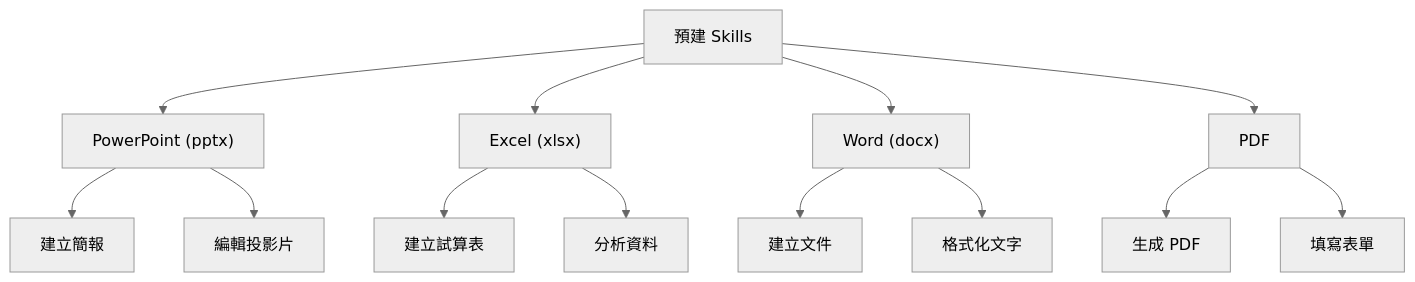
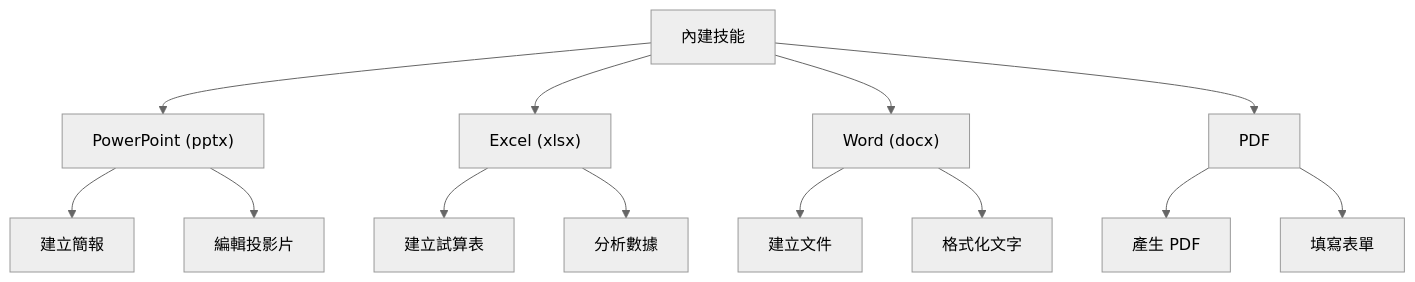
Diagram 17 of 22 in claude_concepts_guide.md (huckly/claude-howto-zh-tw), drawn with Mermaid (neutral theme) before and after one commit. The commit also changed other lines of this file and 6 other files, not shown here.

````diff
--- a/claude_concepts_guide.md
+++ b/claude_concepts_guide.md
@@ -1286,22 +1260,22 @@
 ```mermaid
 graph TB
-    A["預建 Skills"]
+    A["內建技能"]
     B["PowerPoint (pptx)"]
     C["Excel (xlsx)"]
     D["Word (docx)"]
     E["PDF"]
 
     A --> B
     A --> C
     A --> D
     A --> E
 
     B --> B1["建立簡報"]
     B --> B2["編輯投影片"]
     C --> C1["建立試算表"]
-    C --> C2["分析資料"]
+    C --> C2["分析數據"]
     D --> D1["建立文件"]
     D --> D2["格式化文字"]
-    E --> E1["生成 PDF"]
+    E --> E1["產生 PDF"]
     E --> E2["填寫表單"]
 ```
````
